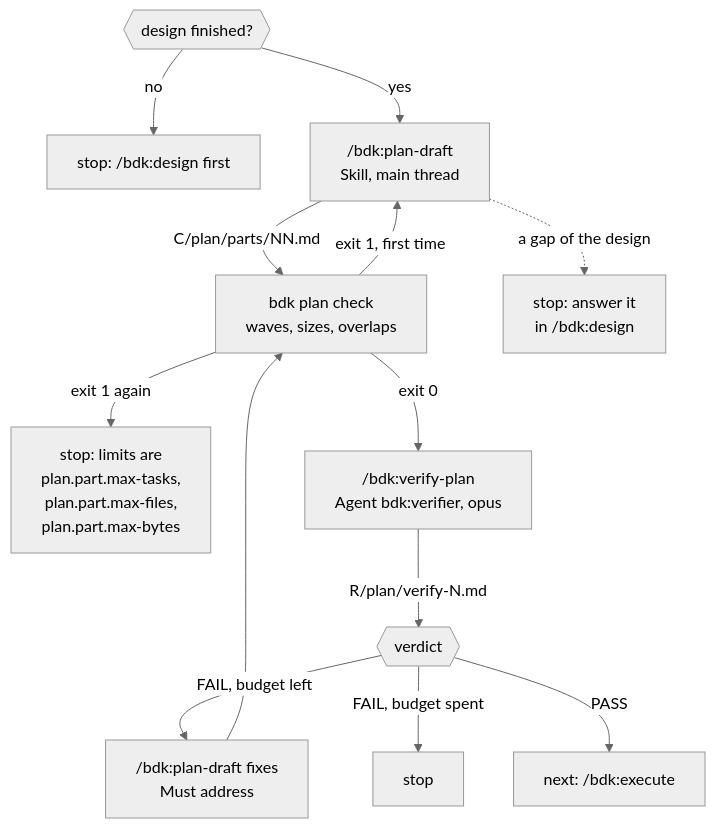
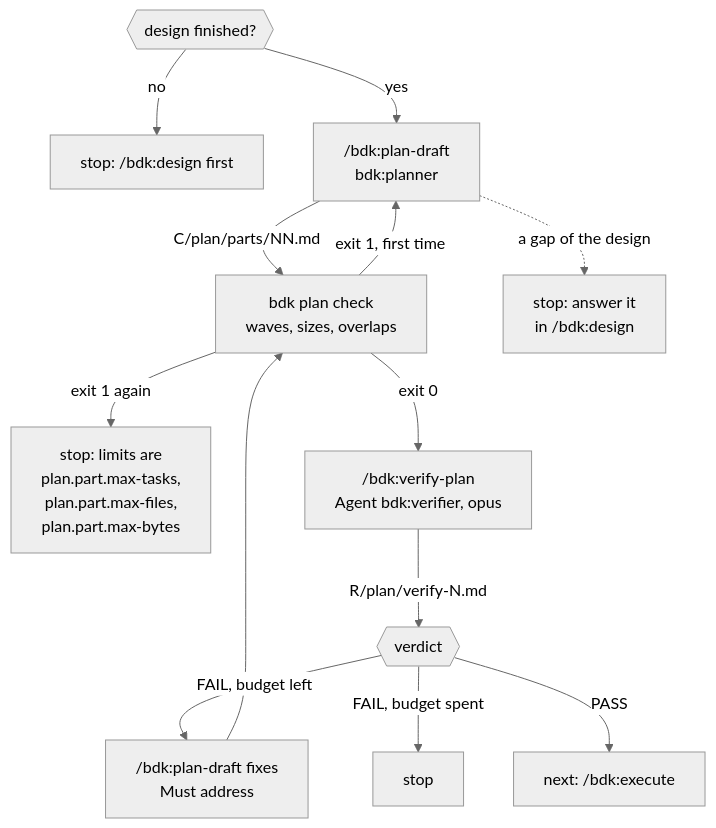
One commit to broneq/bdk changed the fourth of 15 diagrams in docs/concepts/orchestrators.md. Above: the diagram before and after it, drawn with Mermaid (neutral theme). The commit also changed other lines of this file and 112 other files, not shown here.

First line of the commit message:
feat(bdk)!: model and effort per agent role, designer and planner agents

````diff
--- a/docs/concepts/orchestrators.md
+++ b/docs/concepts/orchestrators.md
@@ -70,14 +70,14 @@
 ```mermaid
 flowchart TB
   L0{{"design finished?"}} -->|"no"| LS0["stop: /bdk:design first"]
-  L0 -->|"yes"| DRAFT["/bdk:plan-draft<br/>Skill, main thread"]
+  L0 -->|"yes"| DRAFT["/bdk:plan-draft<br/>bdk:planner"]
   DRAFT -->|"C/plan/parts/NN.md"| CHECK["bdk plan check<br/>waves, sizes, overlaps"]
   DRAFT -.->|"a gap of the design"| LS1["stop: answer it<br/>in /bdk:design"]
   CHECK -->|"exit 1, first time"| DRAFT
   CHECK -->|"exit 1 again"| LS2["stop: limits are<br/>plan.part.max-tasks,<br/>plan.part.max-files,<br/>plan.part.max-bytes"]
   CHECK -->|"exit 0"| VP["/bdk:verify-plan<br/>Agent bdk:verifier, opus"]
   VP -->|"R/plan/verify-N.md"| V{{"verdict"}}
   V -->|"FAIL, budget left"| FIXP["/bdk:plan-draft fixes<br/>Must address"] --> CHECK
   V -->|"FAIL, budget spent"| LS3["stop"]
   V -->|"PASS"| DONE["next: /bdk:execute"]
 ```
````
